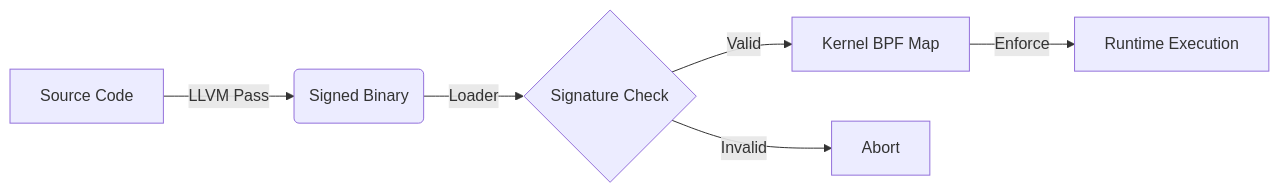
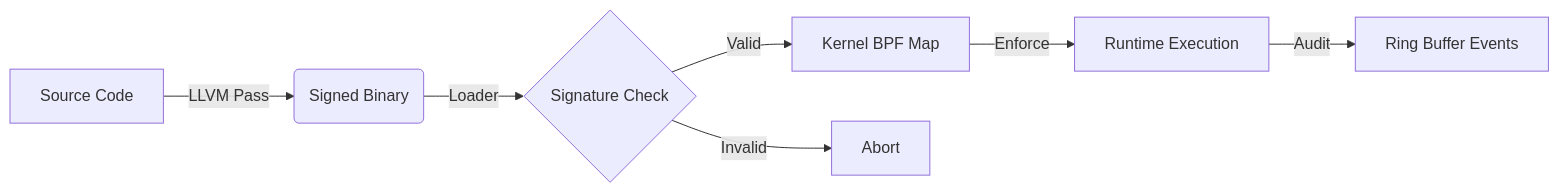
Before and after one commit to nevinshine/sentinel-cc: the diagram in README.md, drawn with Mermaid. The commit also changed other lines of this file and 25 other files, not shown here.

````diff
--- a/README.md
+++ b/README.md
@@ -18,8 +19,9 @@
 ```mermaid
 graph LR
     A[Source Code] -->|LLVM Pass| B(Signed Binary)
     B -->|Loader| C{Signature Check}
     C -->|Valid| D[Kernel BPF Map]
     C -->|Invalid| E[Abort]
     D -->|Enforce| F[Runtime Execution]
+    F -->|Audit| G[Ring Buffer Events]
 ```
````
